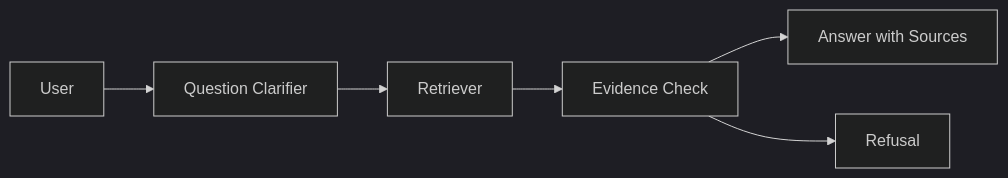
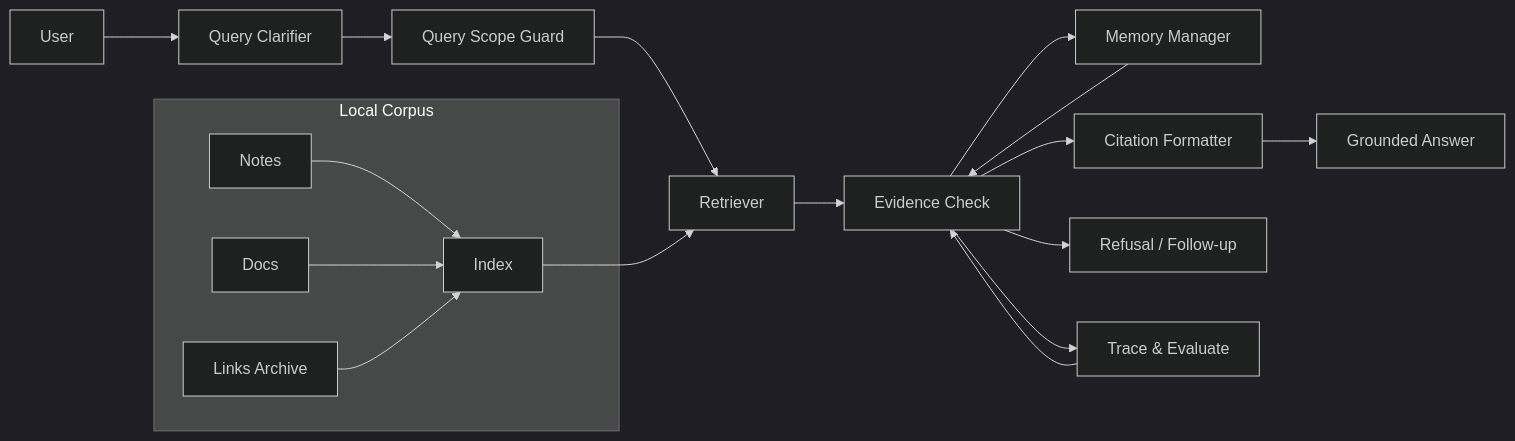
One commit to muchengit/agent-top changed the diagram in docs/en/cases/personal-knowledge-rag.md. Above: the diagram before and after it, drawn with Mermaid (dark theme). The commit also changed other lines of this file and 24 other files, not shown here.

````diff
--- a/docs/en/cases/personal-knowledge-rag.md
+++ b/docs/en/cases/personal-knowledge-rag.md
@@ -16,8 +24,22 @@
 ```mermaid
 flowchart LR
-  U[User] --> Q[Question Clarifier]
+  U[User] --> C[Query Clarifier]
+  C --> Q[Query Scope Guard]
   Q --> R[Retriever]
+
+  subgraph Corpus["Local Corpus"]
+    N1[Notes] --> IDX[Index]
+    N2[Docs] --> IDX
+    N3[Links Archive] --> IDX
+  end
+
+  IDX --> R
   R --> E[Evidence Check]
-  E --> A[Answer with Sources]
-  E --> F[Refusal]
+  E --> M[Memory Manager]
+  E --> V[Citation Formatter]
+  M --> E
+  V --> A[Grounded Answer]
+  E --> F[Refusal / Follow-up]
+  E --> T[Trace & Evaluate]
+  T --> E
 ```
````
